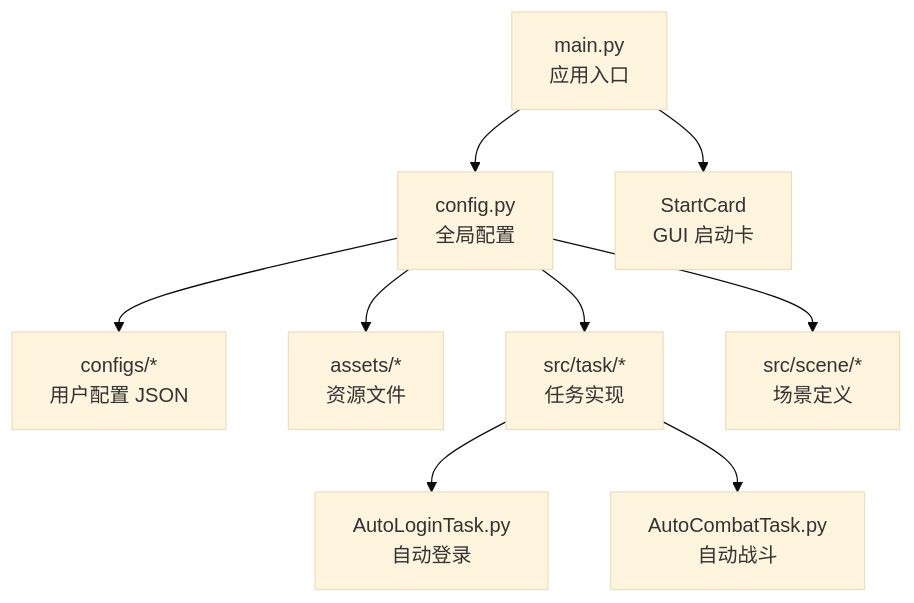
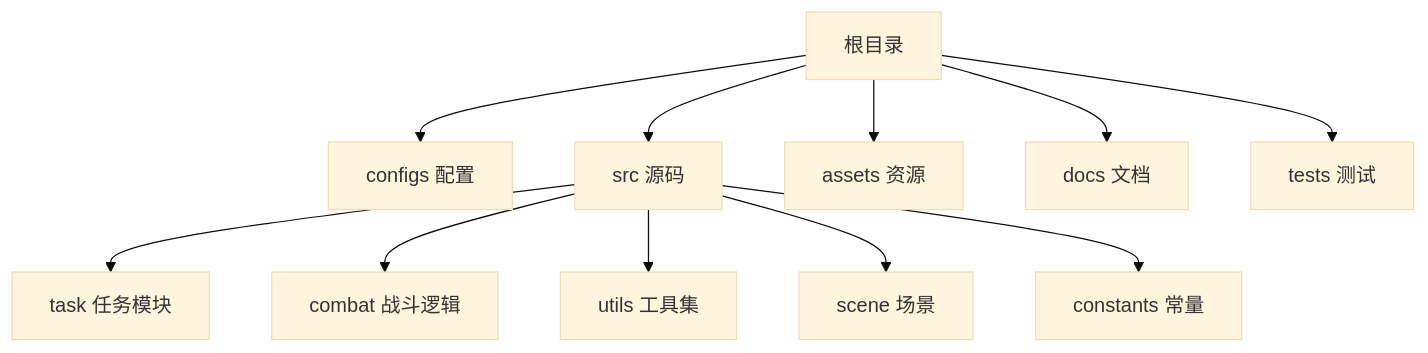
The first of 6 diagrams in .qoder/repowiki/zh/content/快速开始.md (xsy098-max/ok-jump), drawn with Mermaid (base theme) before and after one commit. The commit also changed other lines of this file and 82 other files, not shown here.

First line of the commit message:
更新: 添加自动教程模块、清理截图文件、更新配置

````diff
--- a/.qoder/repowiki/zh/content/快速开始.md
+++ b/.qoder/repowiki/zh/content/快速开始.md
@@ -36,11 +51,13 @@
 ```mermaid
 graph TB
-A["main.py<br/>应用入口"] --> B["config.py<br/>全局配置"]
-A --> C["StartCard<br/>GUI 启动卡"]
-B --> D["configs/*<br/>用户配置 JSON"]
-B --> E["assets/*<br/>资源文件"]
-B --> F["src/task/*<br/>任务实现"]
-B --> G["src/scene/*<br/>场景定义"]
-F --> H["AutoLoginTask.py<br/>自动登录"]
-F --> I["AutoCombatTask.py<br/>自动战斗"]
+A["根目录"] --> B["configs 配置"]
+A --> C["src 源码"]
+A --> D["assets 资源"]
+A --> E["docs 文档"]
+A --> F["tests 测试"]
+C --> C1["task 任务模块"]
+C --> C2["combat 战斗逻辑"]
+C --> C3["utils 工具集"]
+C --> C4["scene 场景"]
+C --> C5["constants 常量"]
 ```
````
